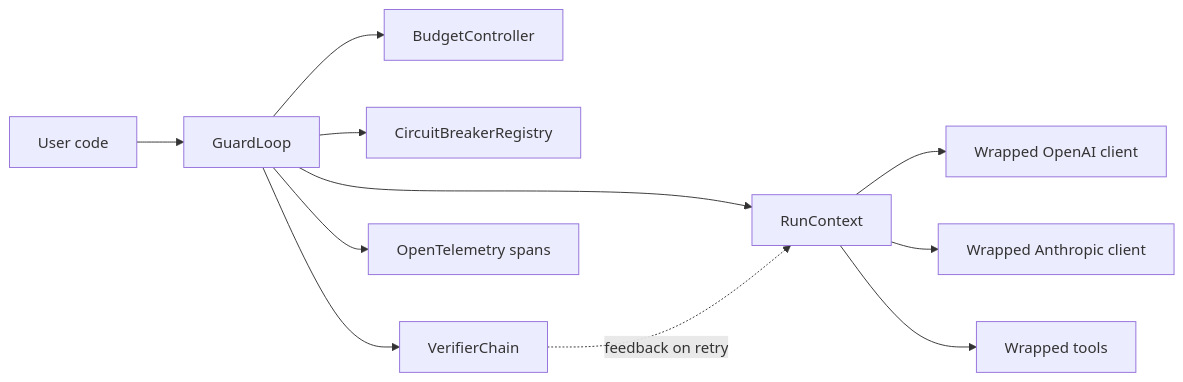
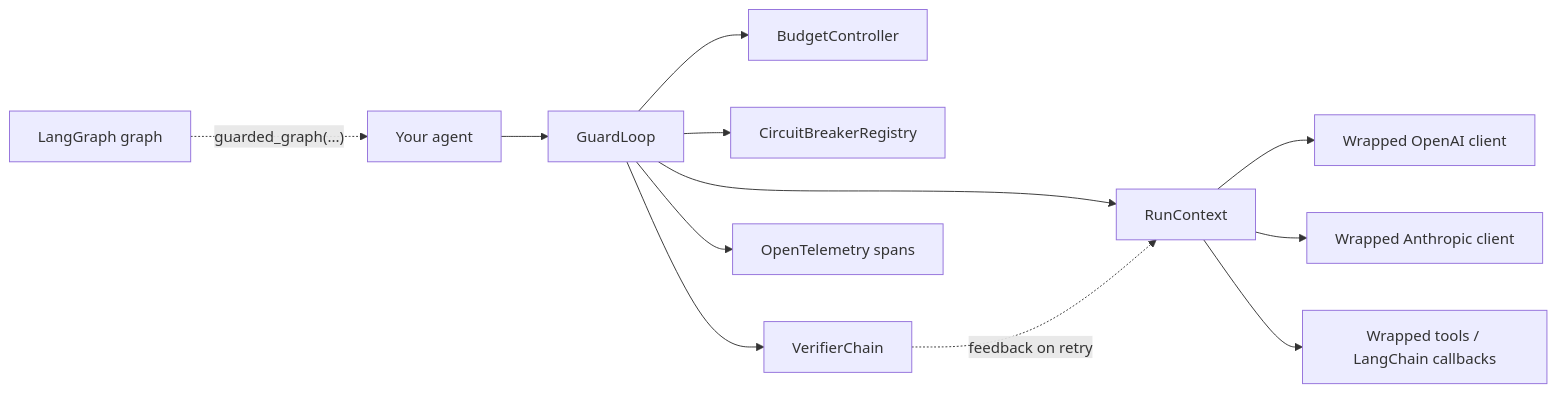
Before and after one commit to awesome-pro/guardloop: the diagram in README.md, drawn with Mermaid. The commit also changed other lines of this file and 15 other files, not shown here.

````diff
--- a/README.md
+++ b/README.md
@@ -66,13 +67,14 @@
 ```mermaid
 flowchart LR
-    U["User code"] --> R["GuardLoop"]
+    LG["LangGraph graph"] -. "guarded_graph(...)" .-> U
+    U["Your agent"] --> R["GuardLoop"]
     R --> B["BudgetController"]
     R --> CB["CircuitBreakerRegistry"]
     R --> V["VerifierChain"]
     R --> T["OpenTelemetry spans"]
     R --> C["RunContext"]
     C --> O["Wrapped OpenAI client"]
     C --> A["Wrapped Anthropic client"]
-    C --> W["Wrapped tools"]
+    C --> W["Wrapped tools / LangChain callbacks"]
     V -. "feedback on retry" .-> C
 ```
````
